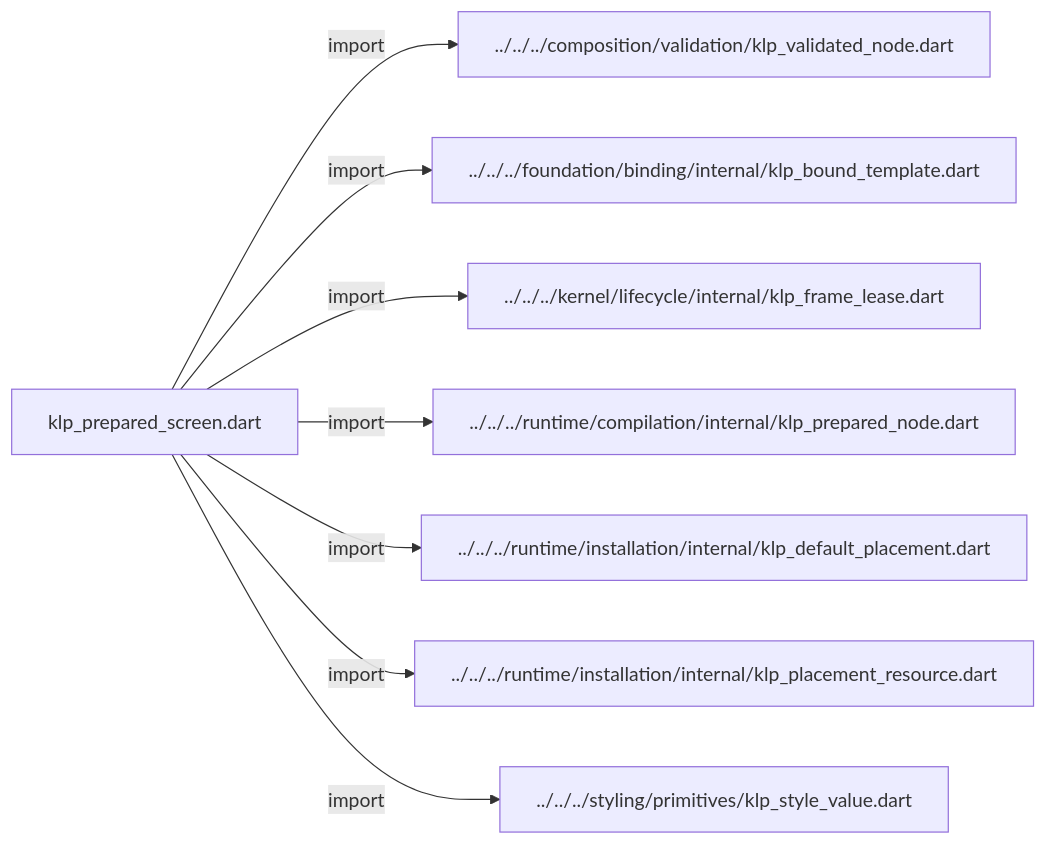
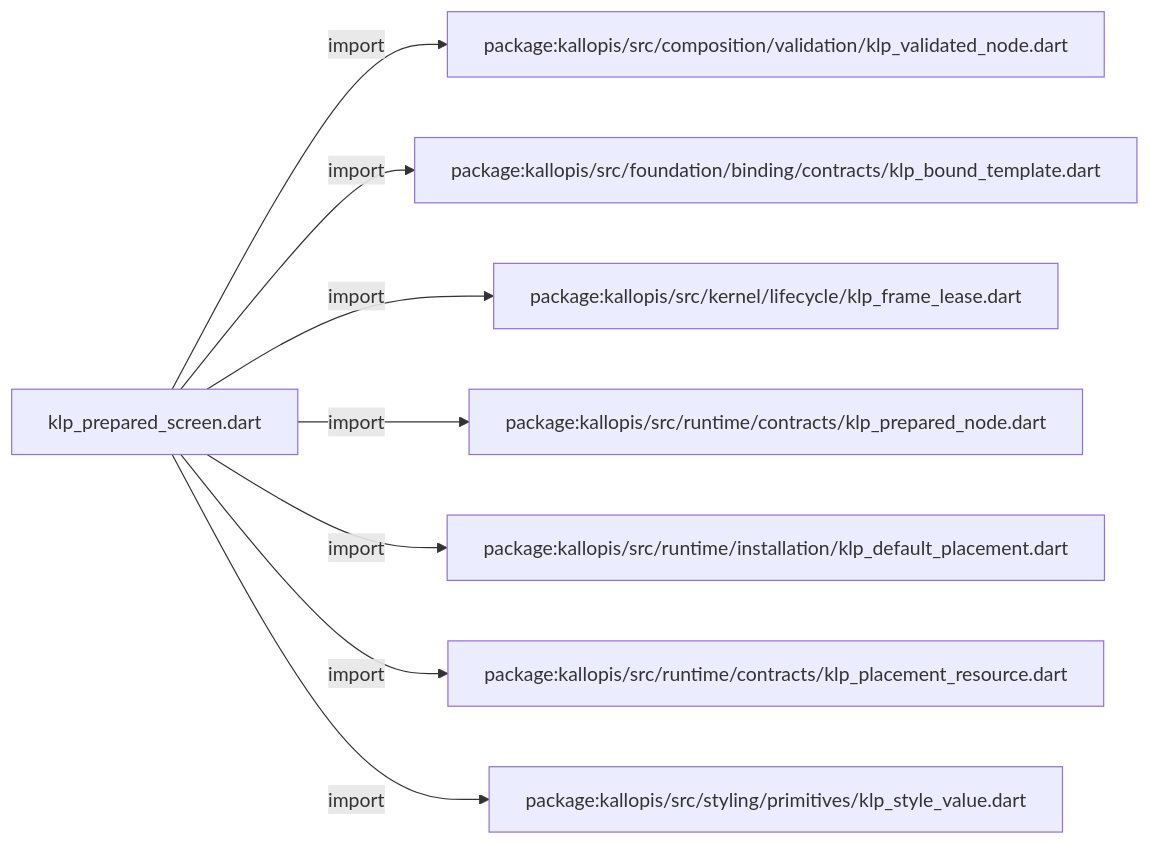
Before and after one commit to MiuDog/Kallopis: the first of 3 diagrams in docs/architecture/src/application/bootstrap/internal/klp_prepared_screen.md, drawn with Mermaid. The commit also changed other lines of this file and 9688 other files, not shown here.

Commit message:
Prepare isolated Flow F2 peer baseline

````diff
--- a/docs/architecture/src/application/bootstrap/internal/klp_prepared_screen.md
+++ b/docs/architecture/src/application/bootstrap/internal/klp_prepared_screen.md
@@ -11,18 +11,18 @@
 ```mermaid
 flowchart LR
 	n0["klp_prepared_screen.dart"]
-	n1["../../../composition/validation/klp_validated_node.dart"]
-	n2["../../../foundation/binding/internal/klp_bound_template.dart"]
-	n3["../../../kernel/lifecycle/internal/klp_frame_lease.dart"]
-	n4["../../../runtime/compilation/internal/klp_prepared_node.dart"]
-	n5["../../../runtime/installation/internal/klp_default_placement.dart"]
-	n6["../../../runtime/installation/internal/klp_placement_resource.dart"]
-	n7["../../../styling/primitives/klp_style_value.dart"]
+	n1["package:kallopis/src/composition/validation/klp_validated_node.dart"]
+	n2["package:kallopis/src/foundation/binding/contracts/klp_bound_template.dart"]
+	n3["package:kallopis/src/kernel/lifecycle/klp_frame_lease.dart"]
+	n4["package:kallopis/src/runtime/contracts/klp_prepared_node.dart"]
+	n5["package:kallopis/src/runtime/installation/klp_default_placement.dart"]
+	n6["package:kallopis/src/runtime/contracts/klp_placement_resource.dart"]
+	n7["package:kallopis/src/styling/primitives/klp_style_value.dart"]
 	n0 -->|"import"| n1
 	n0 -->|"import"| n2
 	n0 -->|"import"| n3
 	n0 -->|"import"| n4
 	n0 -->|"import"| n5
 	n0 -->|"import"| n6
 	n0 -->|"import"| n7
 ```
````
